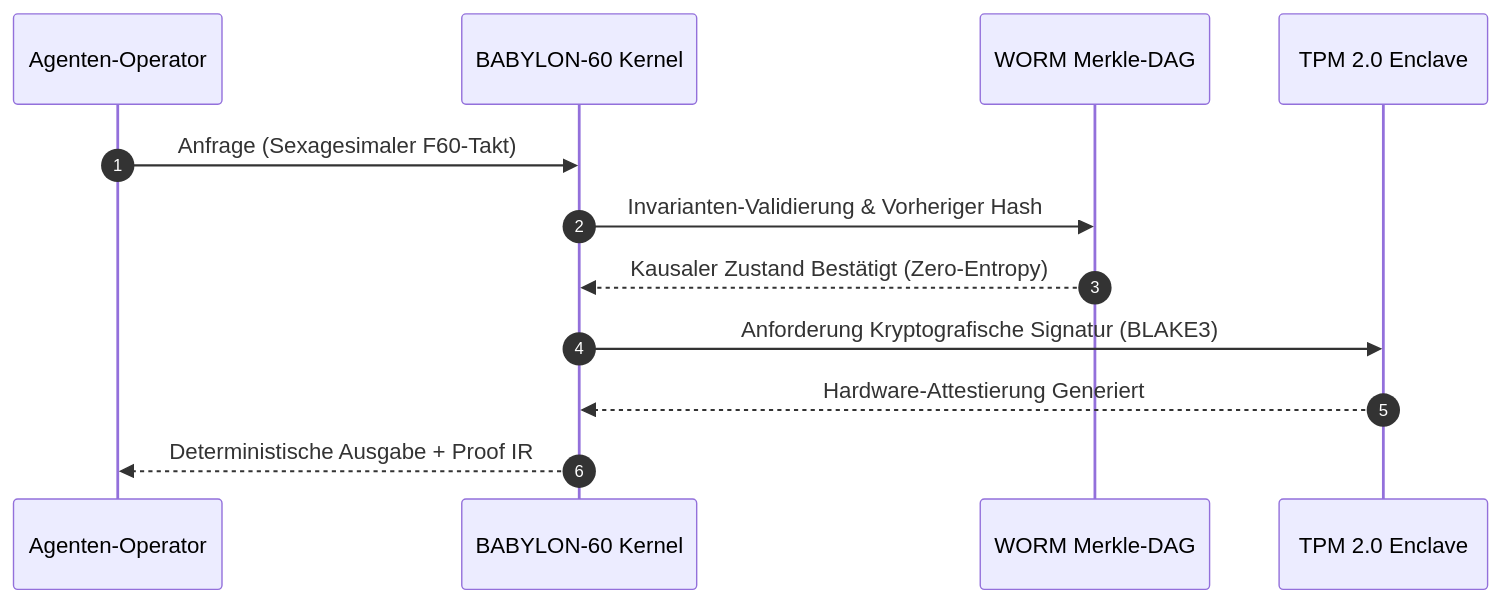
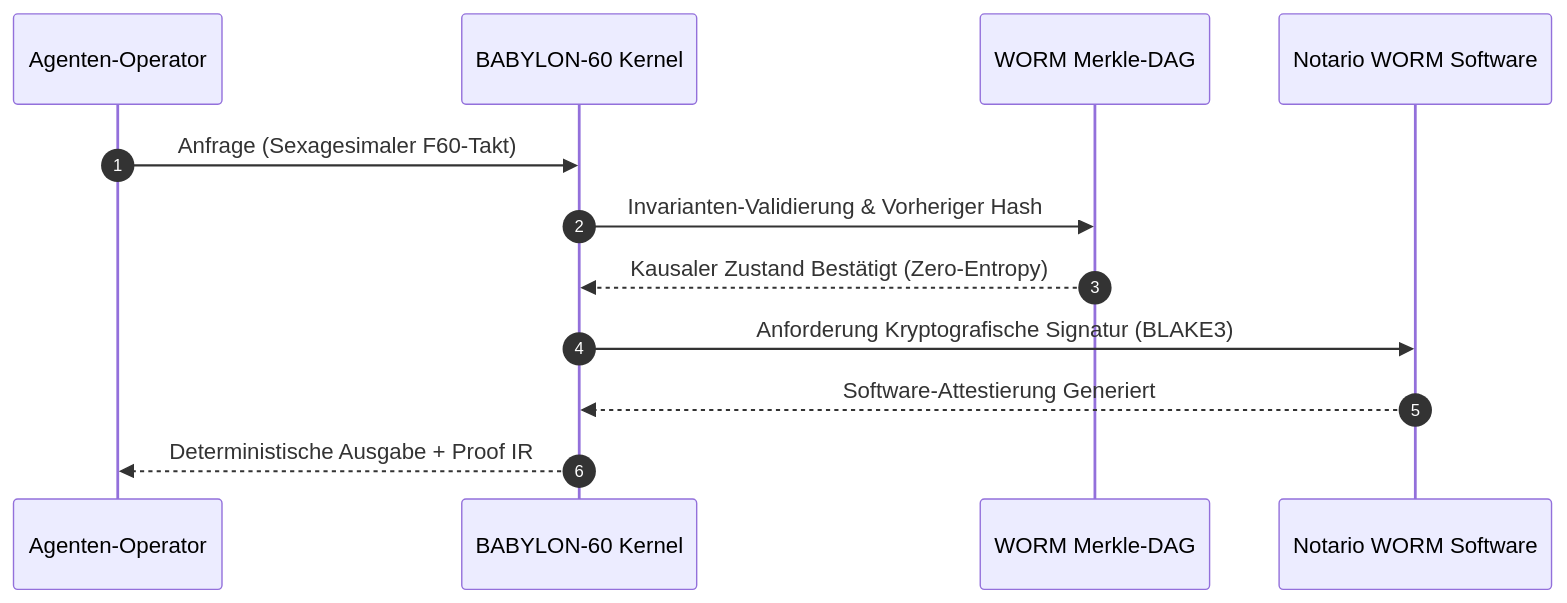
The first of 2 diagrams in docs/audits/certificates/COMPLIANCE_CERTIFICATE_DE.md (borjamoskv/BABYLON-60), drawn with Mermaid before and after one commit. The commit also changed other lines of this file and 7 other files, not shown here.

Commit message:
[AX-4] EPISTEMOLOGY: Sincronización topológica — Purga de afirmaciones TPM 2.0 en diagramas, certificados internacionales y whitepapers, alineando todo el ecosistema al WORM de software real

````diff
--- a/docs/audits/certificates/COMPLIANCE_CERTIFICATE_DE.md
+++ b/docs/audits/certificates/COMPLIANCE_CERTIFICATE_DE.md
@@ -34,15 +34,15 @@
 ```mermaid
 sequenceDiagram
     autonumber
     participant OP as Agenten-Operator
     participant B60 as BABYLON-60 Kernel
     participant DAG as WORM Merkle-DAG
-    participant TPM as TPM 2.0 Enclave
+    participant TPM as Notario WORM Software
     
     OP->>B60: Anfrage (Sexagesimaler F60-Takt)
     B60->>DAG: Invarianten-Validierung & Vorheriger Hash
     DAG-->>B60: Kausaler Zustand Bestätigt (Zero-Entropy)
     B60->>TPM: Anforderung Kryptografische Signatur (BLAKE3)
-    TPM-->>B60: Hardware-Attestierung Generiert
+    TPM-->>B60: Software-Attestierung Generiert
     B60-->>OP: Deterministische Ausgabe + Proof IR
 ```
````
